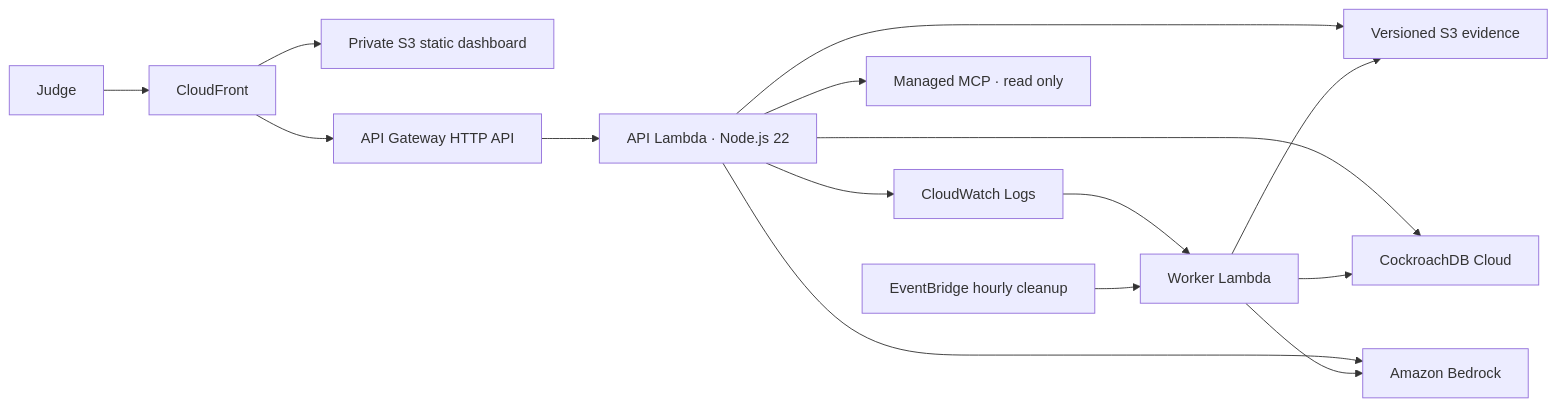
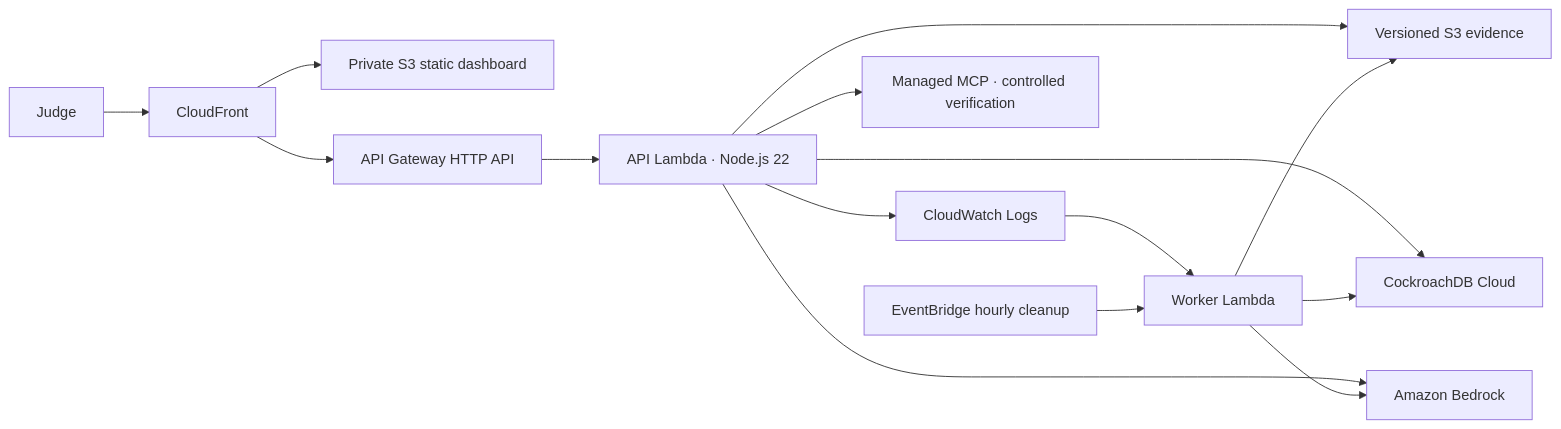
One commit to ralvyathaya/recallops changed the diagram in README.md. Above: the diagram before and after it, drawn with Mermaid. The commit also changed other lines of this file and 2 other files, not shown here.

````diff
--- a/README.md
+++ b/README.md
@@ -37,17 +47,17 @@
 ```mermaid
 flowchart LR
     Judge["Judge"] --> CF["CloudFront"]
     CF --> Web["Private S3 static dashboard"]
     CF --> API["API Gateway HTTP API"]
     API --> Lambda["API Lambda · Node.js 22"]
     Lambda --> CW["CloudWatch Logs"]
     Lambda --> S3["Versioned S3 evidence"]
     Lambda --> CRDB["CockroachDB Cloud"]
-    Lambda --> MCP["Managed MCP · read only"]
+    Lambda --> MCP["Managed MCP · controlled verification"]
     Lambda --> BR["Amazon Bedrock"]
     CW --> Worker["Worker Lambda"]
     Worker --> S3
     Worker --> CRDB
     Worker --> BR
     EB["EventBridge hourly cleanup"] --> Worker
 ```
````
